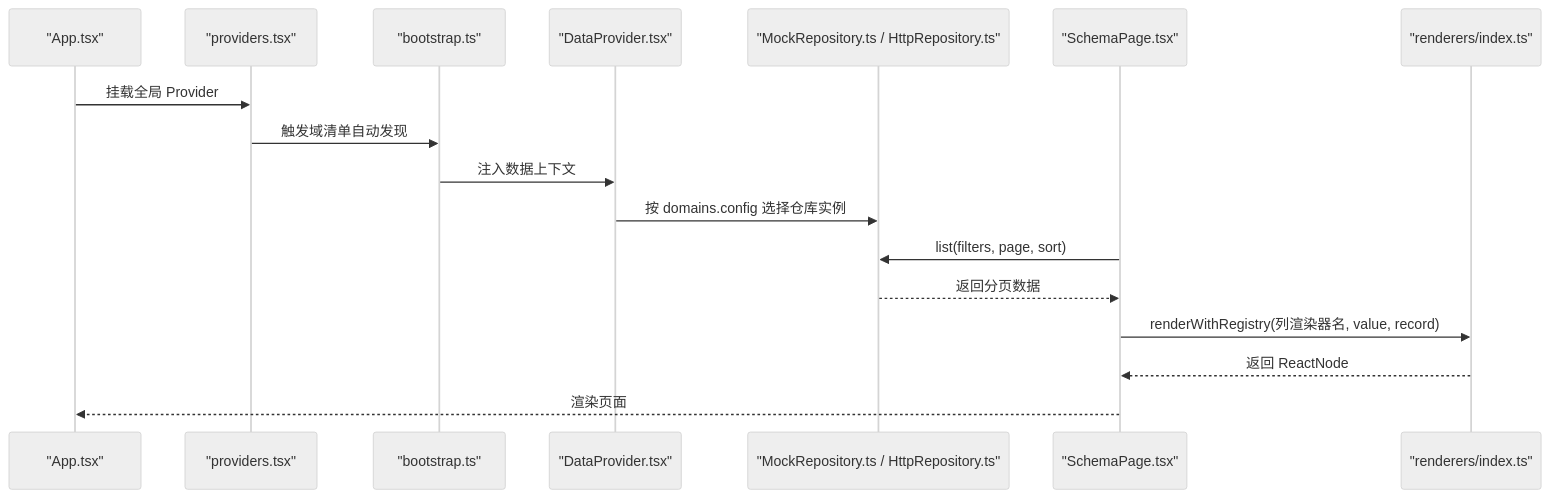
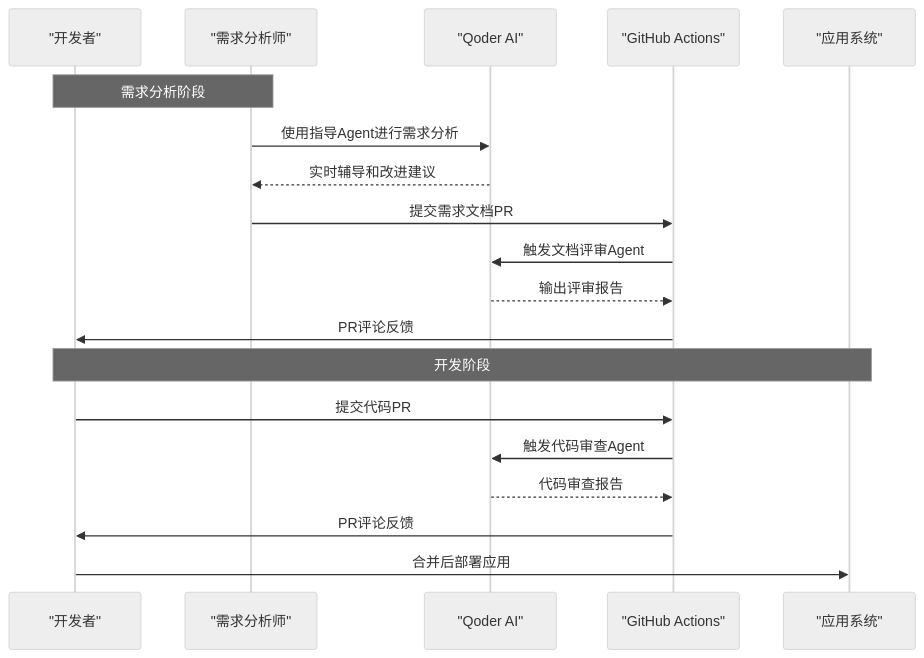
The second of 9 diagrams in .qoder/repowiki/zh/content/开发指南/开发指南.md (Seiano/hj-admin), drawn with Mermaid (neutral theme) before and after one commit. The commit also changed other lines of this file and 6 other files, not shown here.

````diff
--- a/.qoder/repowiki/zh/content/开发指南/开发指南.md
+++ b/.qoder/repowiki/zh/content/开发指南/开发指南.md
@@ -171,19 +202,21 @@
 ```mermaid
 sequenceDiagram
-participant App as "App.tsx"
-participant Prov as "providers.tsx"
-participant Boot as "bootstrap.ts"
-participant DP as "DataProvider.tsx"
-participant Repo as "MockRepository.ts / HttpRepository.ts"
-participant SP as "SchemaPage.tsx"
-participant Ren as "renderers/index.ts"
-App->>Prov : 挂载全局 Provider
-Prov->>Boot : 触发域清单自动发现
-Boot->>DP : 注入数据上下文
-DP->>Repo : 按 domains.config 选择仓库实例
-SP->>Repo : list(filters, page, sort)
-Repo-->>SP : 返回分页数据
-SP->>Ren : renderWithRegistry(列渲染器名, value, record)
-Ren-->>SP : 返回 ReactNode
-SP-->>App : 渲染页面
+participant Dev as "开发者"
+participant Req as "需求分析师"
+participant Qoder as "Qoder AI"
+participant GH as "GitHub Actions"
+participant App as "应用系统"
+Note over Dev,Req : 需求分析阶段
+Req->>Qoder : 使用指导Agent进行需求分析
+Qoder-->>Req : 实时辅导和改进建议
+Req->>GH : 提交需求文档PR
+GH->>Qoder : 触发文档评审Agent
+Qoder-->>GH : 输出评审报告
+GH->>Dev : PR评论反馈
+Note over Dev,App : 开发阶段
+Dev->>GH : 提交代码PR
+GH->>Qoder : 触发代码审查Agent
+Qoder-->>GH : 代码审查报告
+GH->>Dev : PR评论反馈
+Dev->>App : 合并后部署应用
 ```
````
